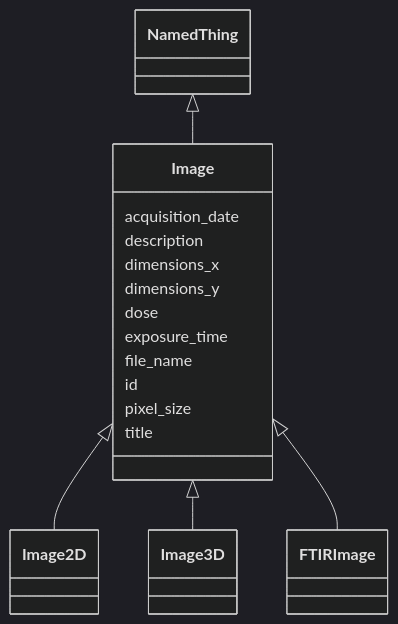
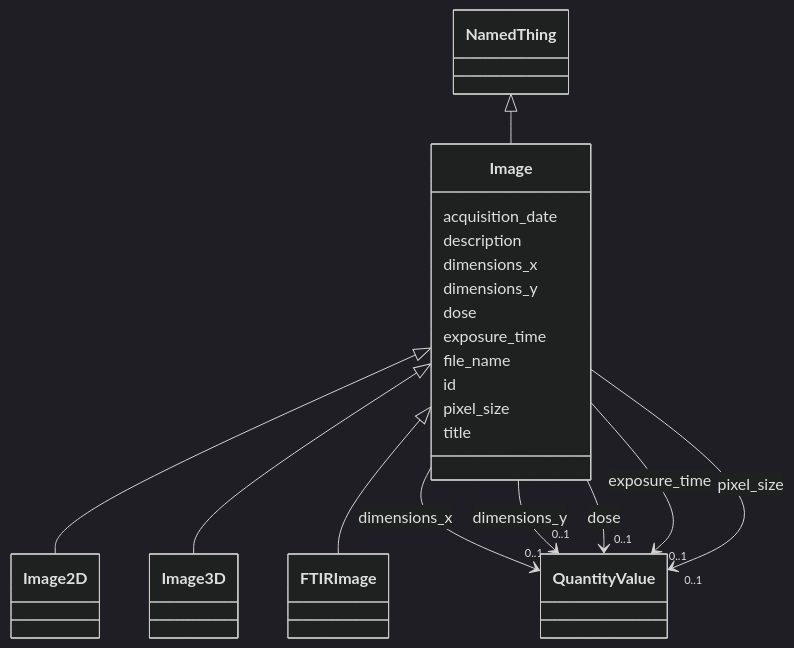
The diagram in docs/elements/Image.md (lambda-ber/lambda-ber-schema), drawn with Mermaid (dark theme) before and after one commit. The commit also changed other lines of this file and 404 other files, not shown here.

Commit message:
Update schema artifacts

````diff
--- a/docs/elements/Image.md
+++ b/docs/elements/Image.md
@@ -18,38 +18,83 @@
 ```mermaid
  classDiagram
     class Image
     click Image href "../Image/"
       NamedThing <|-- Image
         click NamedThing href "../NamedThing/"
       
 
       Image <|-- Image2D
         click Image2D href "../Image2D/"
       Image <|-- Image3D
         click Image3D href "../Image3D/"
       Image <|-- FTIRImage
         click FTIRImage href "../FTIRImage/"
       
 
       Image : acquisition_date
         
       Image : description
         
       Image : dimensions_x
         
+          
+    
+        
+        
+        Image --> "0..1" QuantityValue : dimensions_x
+        click QuantityValue href "../QuantityValue/"
+    
+
+        
       Image : dimensions_y
+        
+          
+    
+        
+        
+        Image --> "0..1" QuantityValue : dimensions_y
+        click QuantityValue href "../QuantityValue/"
+    
+
         
       Image : dose
         
+          
+    
+        
+        
+        Image --> "0..1" QuantityValue : dose
+        click QuantityValue href "../QuantityValue/"
+    
+
+        
       Image : exposure_time
+        
+          
+    
+        
+        
+        Image --> "0..1" QuantityValue : exposure_time
+        click QuantityValue href "../QuantityValue/"
+    
+
         
       Image : file_name
         
       Image : id
         
       Image : pixel_size
         
+          
+    
+        
+        
+        Image --> "0..1" QuantityValue : pixel_size
+        click QuantityValue href "../QuantityValue/"
+    
+
+        
       Image : title
         
       
 ```
````
